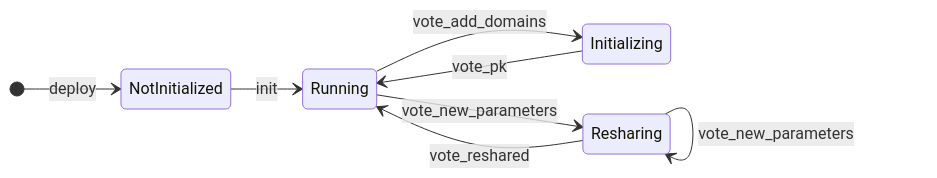
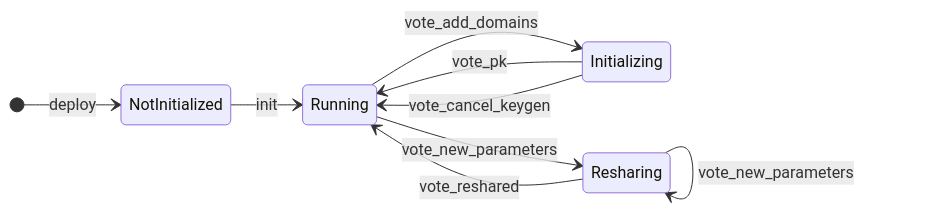
The diagram in libs/chain-signatures/contract/readme.md (near/mpc), drawn with Mermaid before and after one commit. The commit also changed 4 other files, not shown here.

````diff
--- a/libs/chain-signatures/contract/readme.md
+++ b/libs/chain-signatures/contract/readme.md
@@ -33,11 +33,12 @@
 ```mermaid
 stateDiagram-v2
     direction LR
     [*] --> NotInitialized : deploy
     NotInitialized --> Running : init
     Running --> Initializing : vote_add_domains
     Running --> Resharing : vote_new_parameters
     Initializing --> Running : vote_pk
+    Initializing --> Running : vote_cancel_keygen
     Resharing --> Running : vote_reshared
     Resharing --> Resharing : vote_new_parameters
 ```
````
